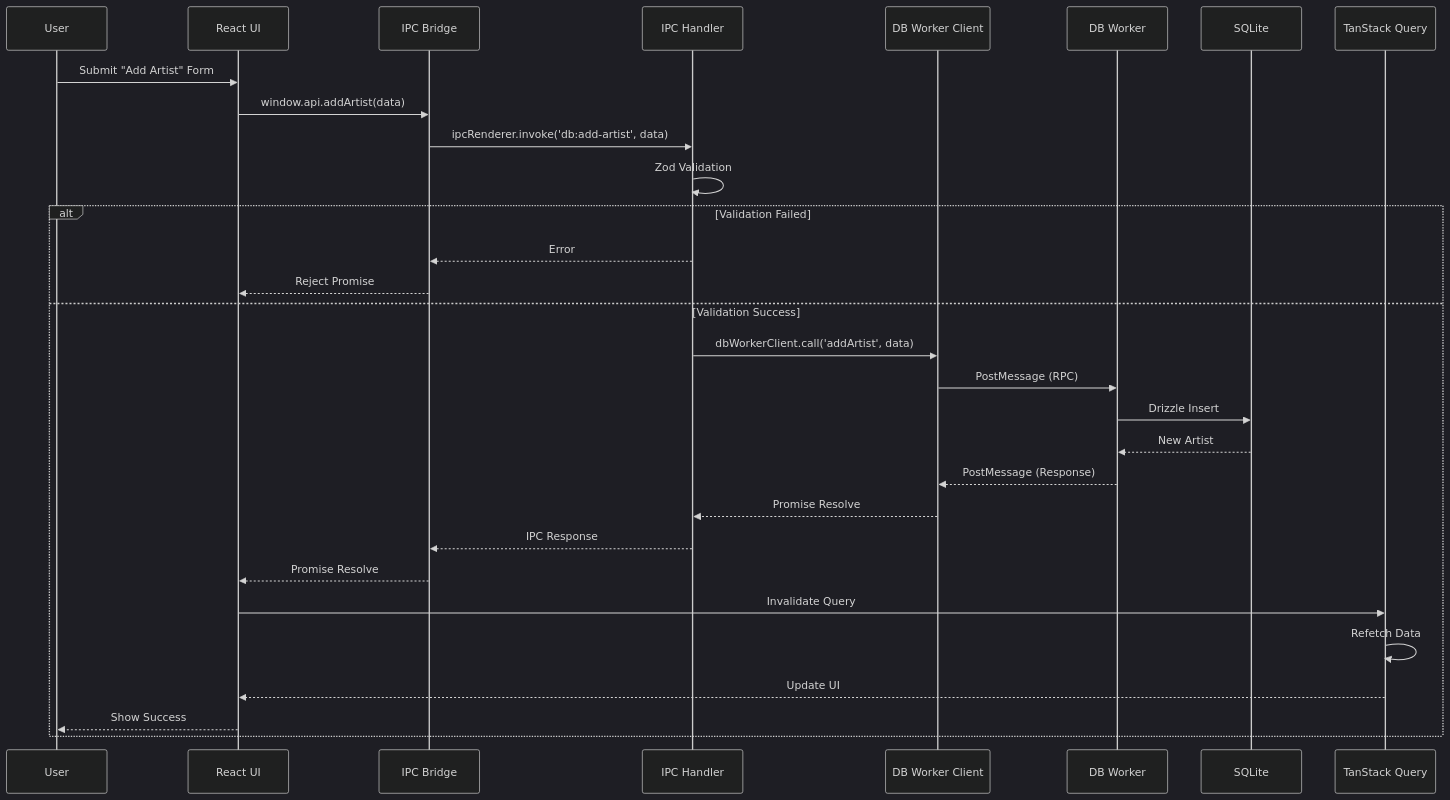
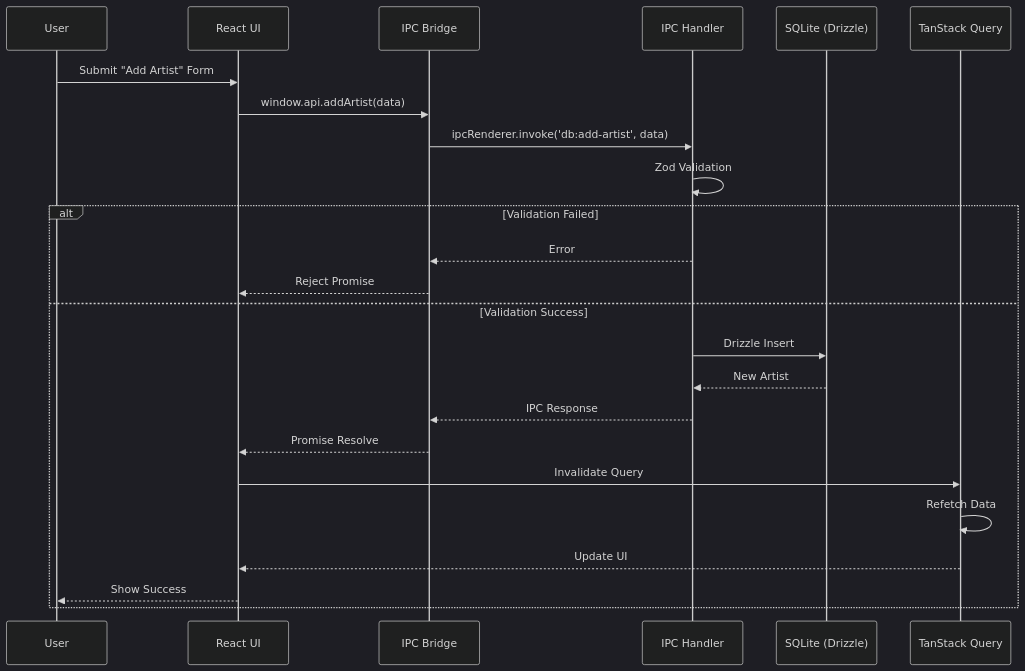
One commit to KazeKaze93/RuleDesk changed the eighth of 11 diagrams in docs/architecture.md. Above: the diagram before and after it, drawn with Mermaid (dark theme). The commit also changed other lines of this file and 5 other files, not shown here.

First line of the commit message:
chore: update documentation and architecture for database access changes

````diff
--- a/docs/architecture.md
+++ b/docs/architecture.md
@@ -496,33 +458,27 @@
 ```mermaid
 sequenceDiagram
     participant User
     participant ReactUI as React UI
     participant Bridge as IPC Bridge
     participant IPC as IPC Handler
-    participant Client as DB Worker Client
-    participant Worker as DB Worker
-    participant DB as SQLite
+    participant DB as SQLite (Drizzle)
     participant ReactQuery as TanStack Query
 
     User->>ReactUI: Submit "Add Artist" Form
     ReactUI->>Bridge: window.api.addArtist(data)
     Bridge->>IPC: ipcRenderer.invoke('db:add-artist', data)
     IPC->>IPC: Zod Validation
     alt Validation Failed
         IPC-->>Bridge: Error
         Bridge-->>ReactUI: Reject Promise
     else Validation Success
-        IPC->>Client: dbWorkerClient.call('addArtist', data)
-        Client->>Worker: PostMessage (RPC)
-        Worker->>DB: Drizzle Insert
-        DB-->>Worker: New Artist
-        Worker-->>Client: PostMessage (Response)
-        Client-->>IPC: Promise Resolve
+        IPC->>DB: Drizzle Insert
+        DB-->>IPC: New Artist
         IPC-->>Bridge: IPC Response
         Bridge-->>ReactUI: Promise Resolve
         ReactUI->>ReactQuery: Invalidate Query
         ReactQuery->>ReactQuery: Refetch Data
         ReactQuery-->>ReactUI: Update UI
         ReactUI-->>User: Show Success
     end
 ```
````
